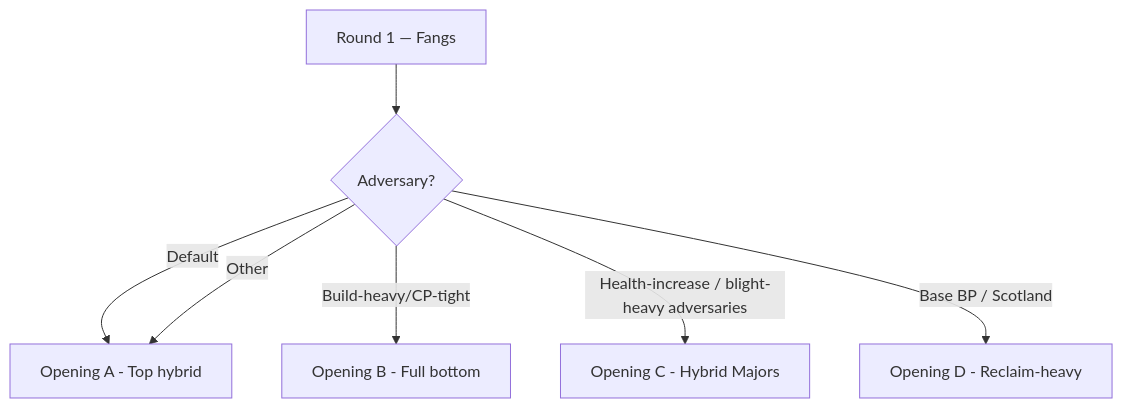
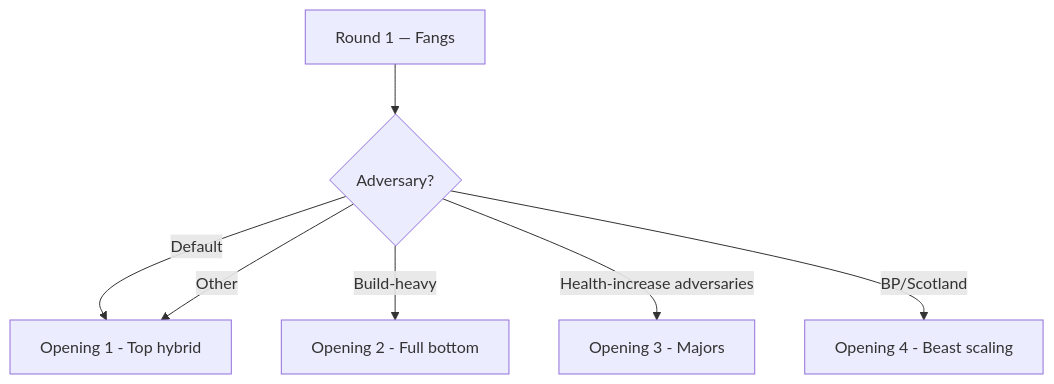
One commit to bfowle/spirit-island changed the diagram in src/spirits/moderate/sharp-fangs-behind-the-leaves.md. Above: the diagram before and after it, drawn with Mermaid. The commit also changed other lines of this file and 4 other files, not shown here.

```diff
--- a/src/spirits/moderate/sharp-fangs-behind-the-leaves.md
+++ b/src/spirits/moderate/sharp-fangs-behind-the-leaves.md
@@ -100,9 +91,9 @@
 <pre class="mermaid">
 graph TD
   Start[Round 1 — Fangs] --> Adv{Adversary?}
-  Adv -->|Default| A[Opening A - Top hybrid]
-  Adv -->|Build-heavy/CP-tight| B[Opening B - Full bottom]
-  Adv -->|Health-increase / blight-heavy adversaries| C[Opening C - Hybrid Majors]
-  Adv -->|Base BP / Scotland| D[Opening D - Reclaim-heavy]
+  Adv -->|Default| A[Opening 1 - Top hybrid]
+  Adv -->|Build-heavy| B[Opening 2 - Full bottom]
+  Adv -->|Health-increase adversaries| C[Opening 3 - Majors]
+  Adv -->|BP/Scotland| D[Opening 4 - Beast scaling]
   Adv -->|Other| A
 </pre>
```
